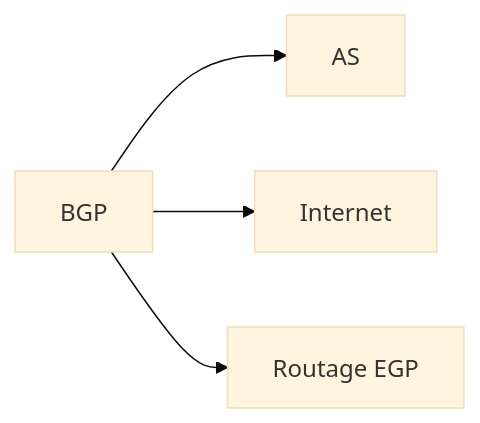
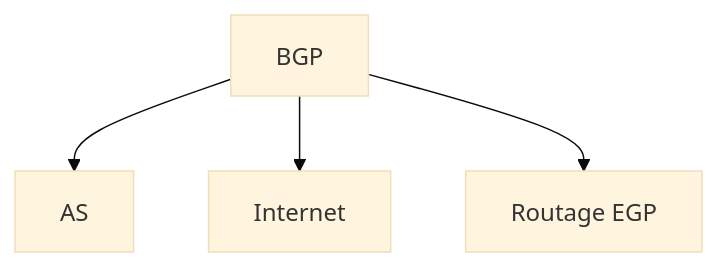
Before and after one commit to zyrass/omnydocs: the fourth of 38 diagrams in docs/glossaire/administration-reseau.md, drawn with Mermaid (base theme). The commit also changed other lines of this file and 1780 other files, not shown here.

````diff
--- a/docs/glossaire/administration-reseau.md
+++ b/docs/glossaire/administration-reseau.md
@@ -89,6 +109,6 @@
-    ```mermaid
-    graph LR
-        A[BGP] --> B[AS]
-        A --> C[Internet]
-        A --> D[Routage EGP]
-    ```
+```mermaid
+graph TB
+    A[BGP] --> B[AS]
+    A --> C[Internet]
+    A --> D[Routage EGP]
+```
````
